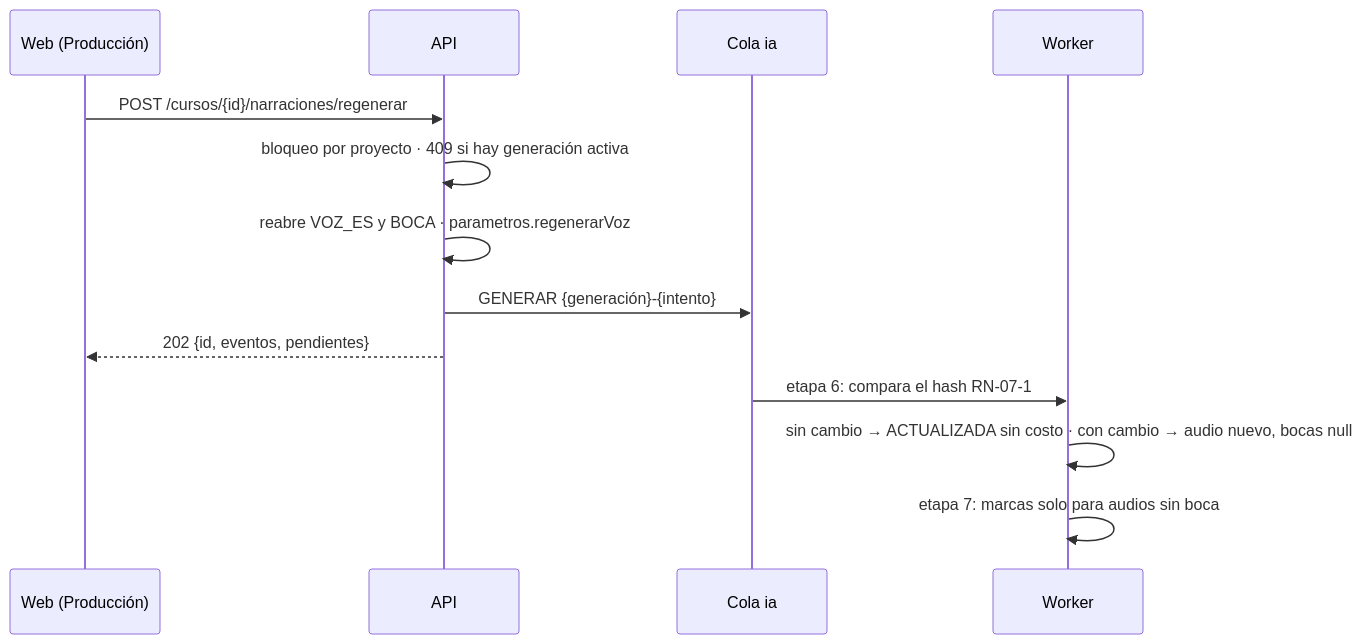
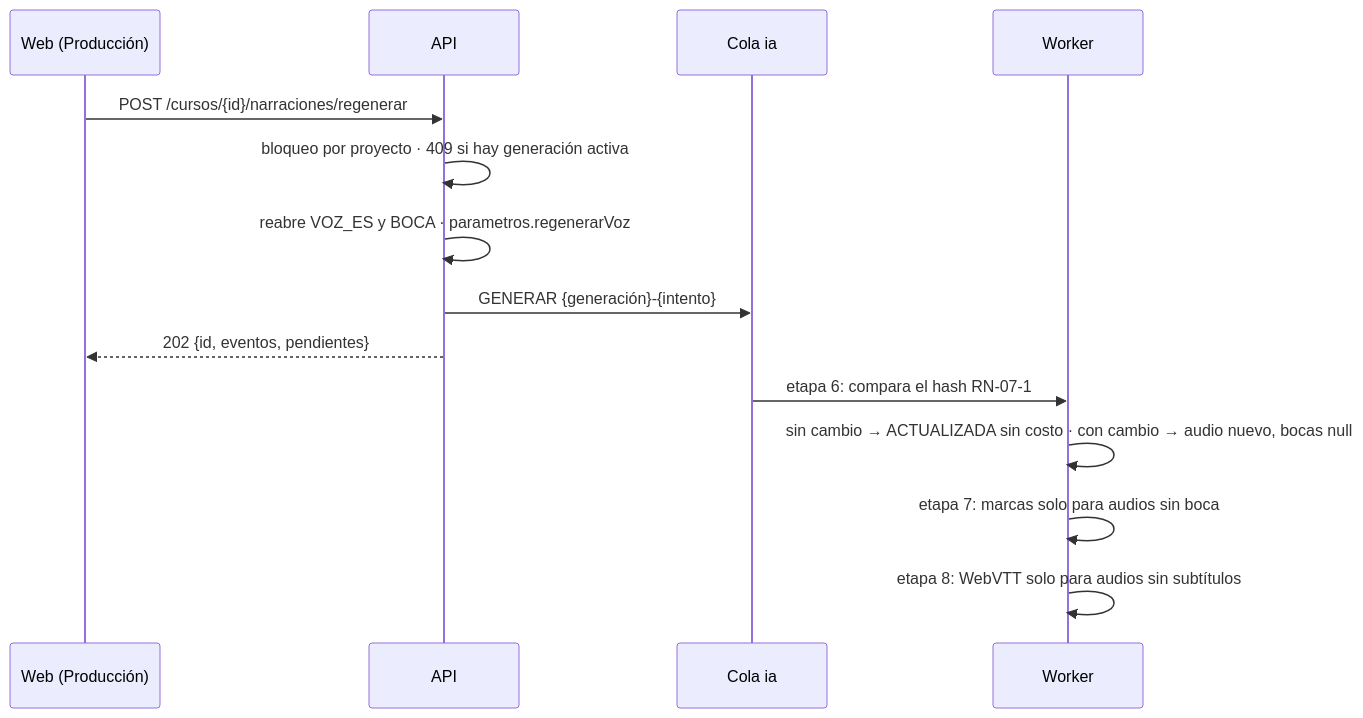
The third of 3 diagrams in MANUAL-SISTEMA.md (Jesuuss23/aptio-scorm), drawn with Mermaid before and after one commit. The commit also changed other lines of this file and 2 other files, not shown here.

First line of the commit message:
docs(manuales): v0.11 con los subtítulos WebVTT (HU-0801)

````diff
--- a/MANUAL-SISTEMA.md
+++ b/MANUAL-SISTEMA.md
@@ -119,15 +122,16 @@
 ```mermaid
 sequenceDiagram
   participant W as Web (Producción)
   participant A as API
   participant Q as Cola ia
   participant K as Worker
   W->>A: POST /cursos/{id}/narraciones/regenerar
   A->>A: bloqueo por proyecto · 409 si hay generación activa
   A->>A: reabre VOZ_ES y BOCA · parametros.regenerarVoz
   A->>Q: GENERAR {generación}-{intento}
   A-->>W: 202 {id, eventos, pendientes}
   Q->>K: etapa 6: compara el hash RN-07-1
   K->>K: sin cambio → ACTUALIZADA sin costo · con cambio → audio nuevo, bocas null
   K->>K: etapa 7: marcas solo para audios sin boca
+  K->>K: etapa 8: WebVTT solo para audios sin subtítulos
 ```
````
